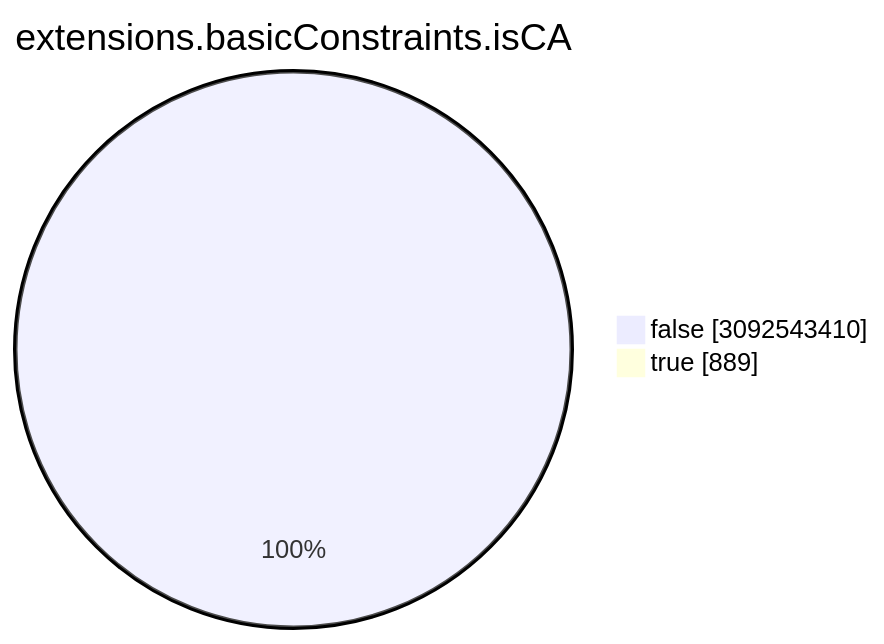
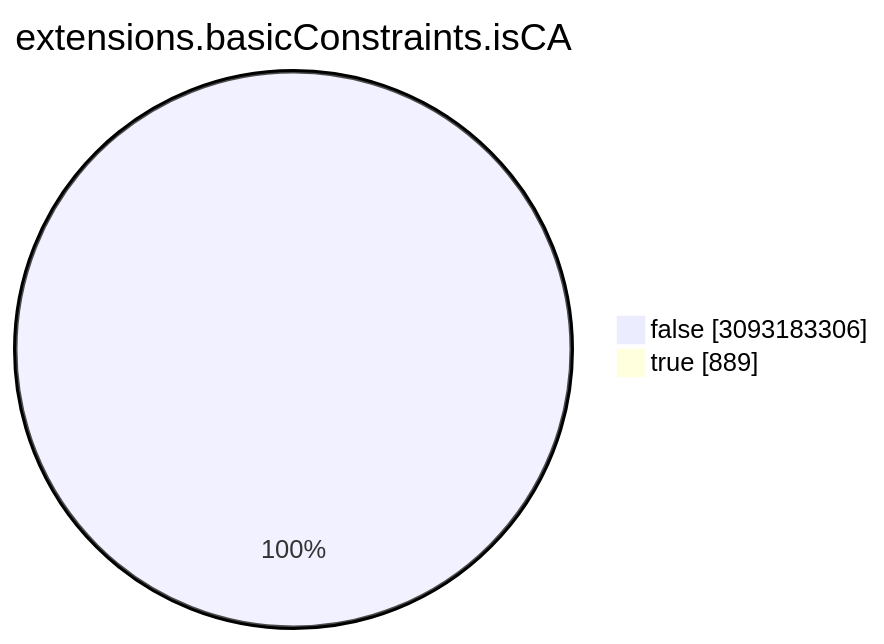
One commit to christiankrug/ctmonitor_visualization changed the seventh of 15 diagrams in TOTAL/README.md. Above: the diagram before and after it, drawn with Mermaid. The commit also changed other lines of this file, not shown here.

````diff
--- a/TOTAL/README.md
+++ b/TOTAL/README.md
@@ -3088,6 +3088,6 @@
 ```mermaid
 pie showData
 title extensions.basicConstraints.isCA
-"false" :3092543410
+"false" :3093183306
 "true" :889
 ```
````
